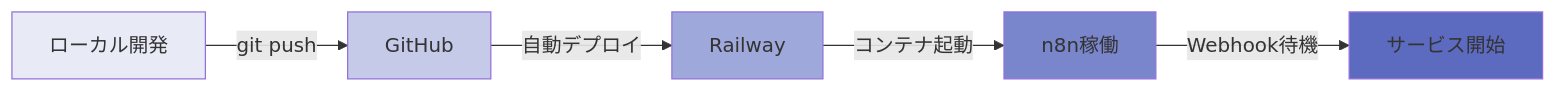
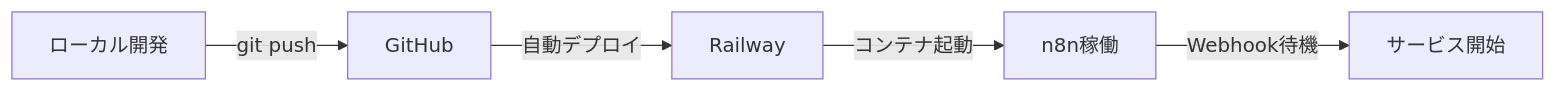
The eighth of 8 diagrams in app-flow-diagram.md (ramenumaiwhy/knowledge-chat2), drawn with Mermaid before and after one commit. The commit also changed other lines of this file and 34 other files, not shown here.

````diff
--- a/app-flow-diagram.md
+++ b/app-flow-diagram.md
@@ -154,13 +126,7 @@
 ```mermaid
 graph LR
     A[ローカル開発] -->|git push| B[GitHub]
     B -->|自動デプロイ| C[Railway]
     C -->|コンテナ起動| D[n8n稼働]
     D -->|Webhook待機| E[サービス開始]
-    
-    style A fill:#e8eaf6
-    style B fill:#c5cae9
-    style C fill:#9fa8da
-    style D fill:#7986cb
-    style E fill:#5c6bc0
 ```
````
